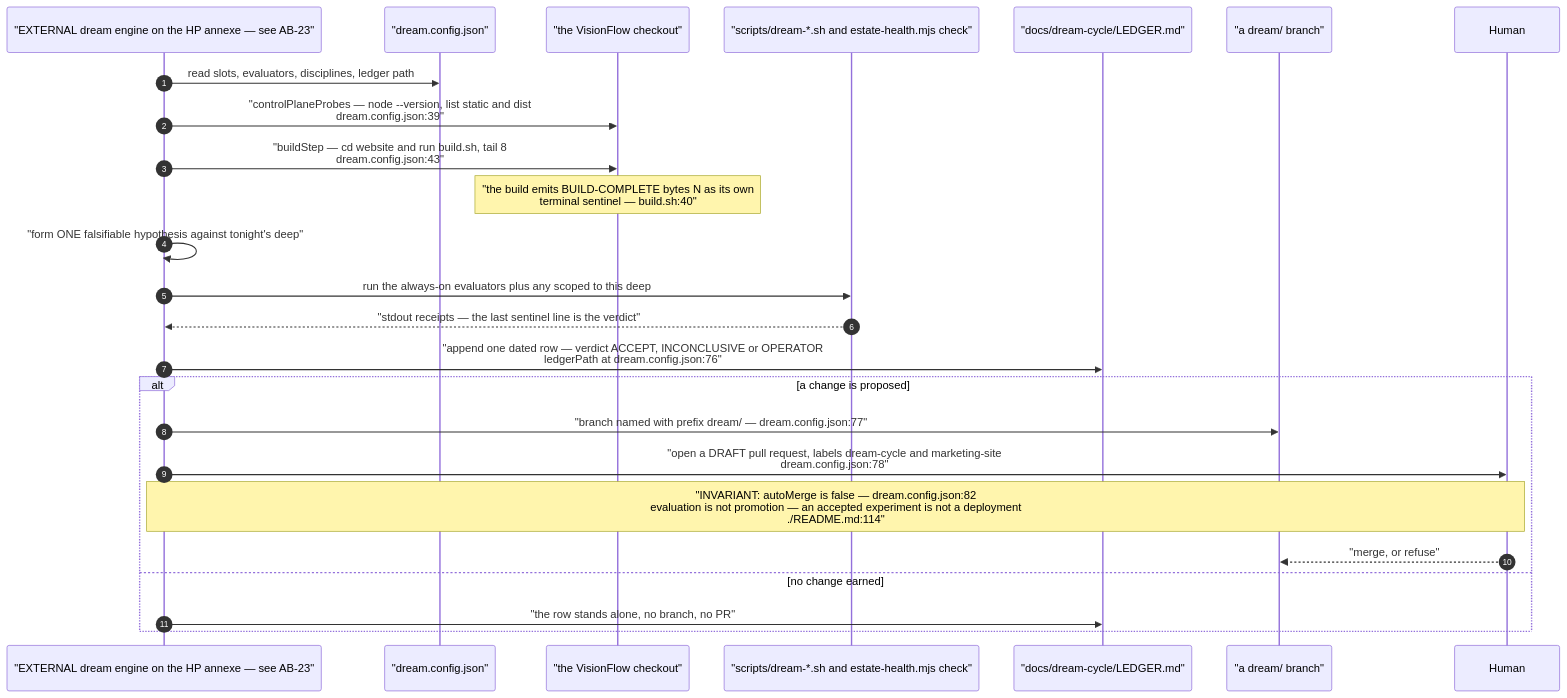
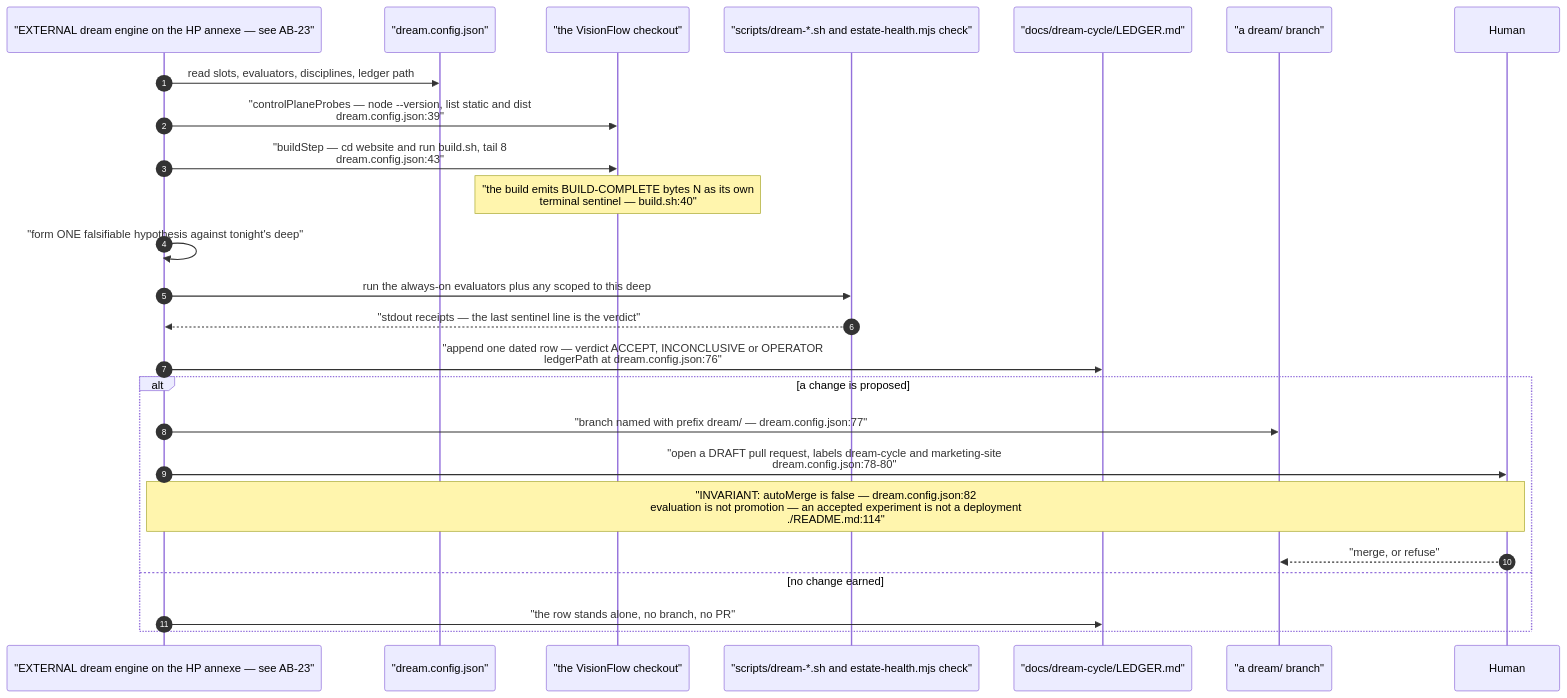
The fifth of 9 diagrams in docs/diagrams/visionflow/04-dream-cycle-integration.md (DreamLab-AI/VisionFlow), drawn with Mermaid before and after one commit. The commit also changed other lines of this file and 91 other files, not shown here.

````diff
--- a/docs/diagrams/visionflow/04-dream-cycle-integration.md
+++ b/docs/diagrams/visionflow/04-dream-cycle-integration.md
@@ -159,28 +160,28 @@
 ```mermaid
 sequenceDiagram
     autonumber
     participant ENG as "EXTERNAL dream engine on the HP annexe — see AB-23"
     participant CFG as "dream.config.json"
     participant REPO as "the VisionFlow checkout"
     participant EV as "scripts/dream-*.sh and estate-health.mjs check"
     participant LED as "docs/dream-cycle/LEDGER.md"
     participant BR as "a dream/ branch"
     participant H as Human
 
     ENG->>CFG: read slots, evaluators, disciplines, ledger path
     ENG->>REPO: "controlPlaneProbes — node --version, list static and dist<br/>dream.config.json:39"
     ENG->>REPO: "buildStep — cd website and run build.sh, tail 8<br/>dream.config.json:43"
     Note over REPO: "the build emits BUILD-COMPLETE bytes N as its own<br/>terminal sentinel — build.sh:40"
     ENG->>ENG: "form ONE falsifiable hypothesis against tonight's deep"
     ENG->>EV: run the always-on evaluators plus any scoped to this deep
     EV-->>ENG: "stdout receipts — the last sentinel line is the verdict"
     ENG->>LED: "append one dated row — verdict ACCEPT, INCONCLUSIVE or OPERATOR<br/>ledgerPath at dream.config.json:76"
     alt a change is proposed
         ENG->>BR: "branch named with prefix dream/ — dream.config.json:77"
-        ENG->>H: "open a DRAFT pull request, labels dream-cycle and marketing-site<br/>dream.config.json:78"
+        ENG->>H: "open a DRAFT pull request, labels dream-cycle and marketing-site<br/>dream.config.json:78-80"
         Note over ENG,H: "INVARIANT: autoMerge is false — dream.config.json:82<br/>evaluation is not promotion — an accepted experiment is not a deployment<br/>./README.md:114"
         H-->>BR: "merge, or refuse"
     else no change earned
         ENG->>LED: "the row stands alone, no branch, no PR"
     end
 ```
````
